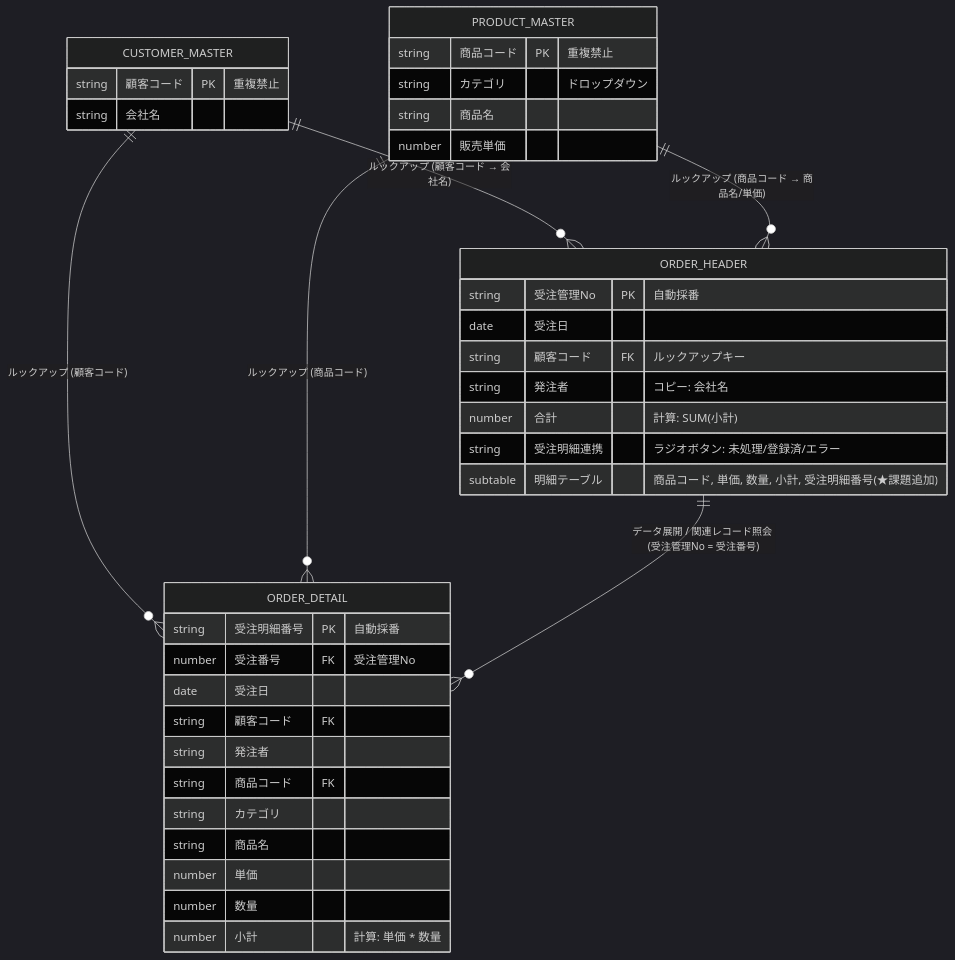
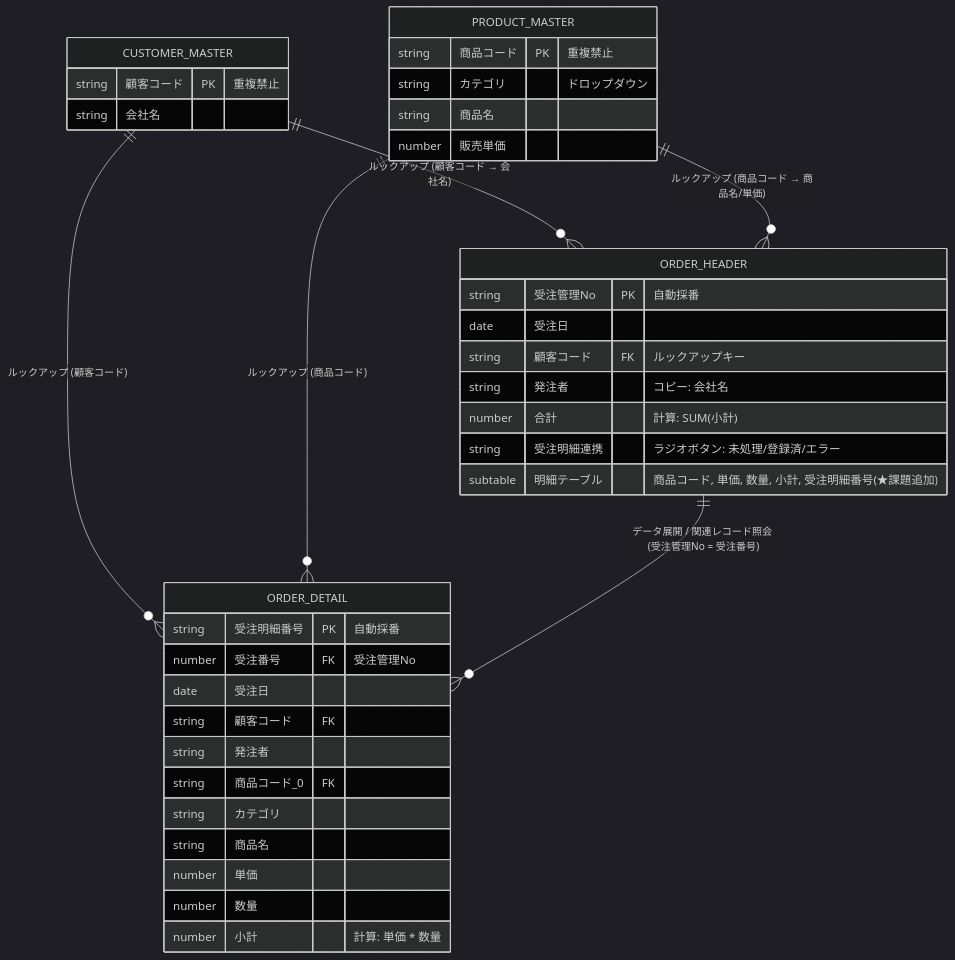
Before and after one commit to Kazu-matu/kintone-lessen: the first of 3 diagrams in docs/受注管理仕様.md, drawn with Mermaid (dark theme). The commit also changed other lines of this file, not shown here.

Commit message:
docs: 受注管理仕様の商品コードのフィールドコードを商品コード_0に変更

````diff
--- a/docs/受注管理仕様.md
+++ b/docs/受注管理仕様.md
@@ -48,44 +48,44 @@
 ```mermaid
 erDiagram
     CUSTOMER_MASTER ||--o{ ORDER_HEADER : "ルックアップ (顧客コード → 会社名)"
     CUSTOMER_MASTER ||--o{ ORDER_DETAIL : "ルックアップ (顧客コード)"
     PRODUCT_MASTER ||--o{ ORDER_HEADER : "ルックアップ (商品コード → 商品名/単価)"
     PRODUCT_MASTER ||--o{ ORDER_DETAIL : "ルックアップ (商品コード)"
     ORDER_HEADER ||--o{ ORDER_DETAIL : "データ展開 / 関連レコード照会 (受注管理No = 受注番号)"
 
     CUSTOMER_MASTER {
         string 顧客コード PK "重複禁止"
         string 会社名
     }
     
     PRODUCT_MASTER {
         string 商品コード PK "重複禁止"
         string カテゴリ "ドロップダウン"
         string 商品名
         number 販売単価
     }
     
     ORDER_HEADER {
         string 受注管理No PK "自動採番"
         date 受注日
         string 顧客コード FK "ルックアップキー"
         string 発注者 "コピー: 会社名"
         number 合計 "計算: SUM(小計)"
         string 受注明細連携 "ラジオボタン: 未処理/登録済/エラー"
         subtable 明細テーブル "商品コード, 単価, 数量, 小計, 受注明細番号(★課題追加)"
     }
     
     ORDER_DETAIL {
         string 受注明細番号 PK "自動採番"
         number 受注番号 FK "受注管理No"
         date 受注日
         string 顧客コード FK
         string 発注者
-        string 商品コード FK
+        string 商品コード_0 FK
         string カテゴリ
         string 商品名
         number 単価
         number 数量
         number 小計 "計算: 単価 * 数量"
     }
 ```
````
